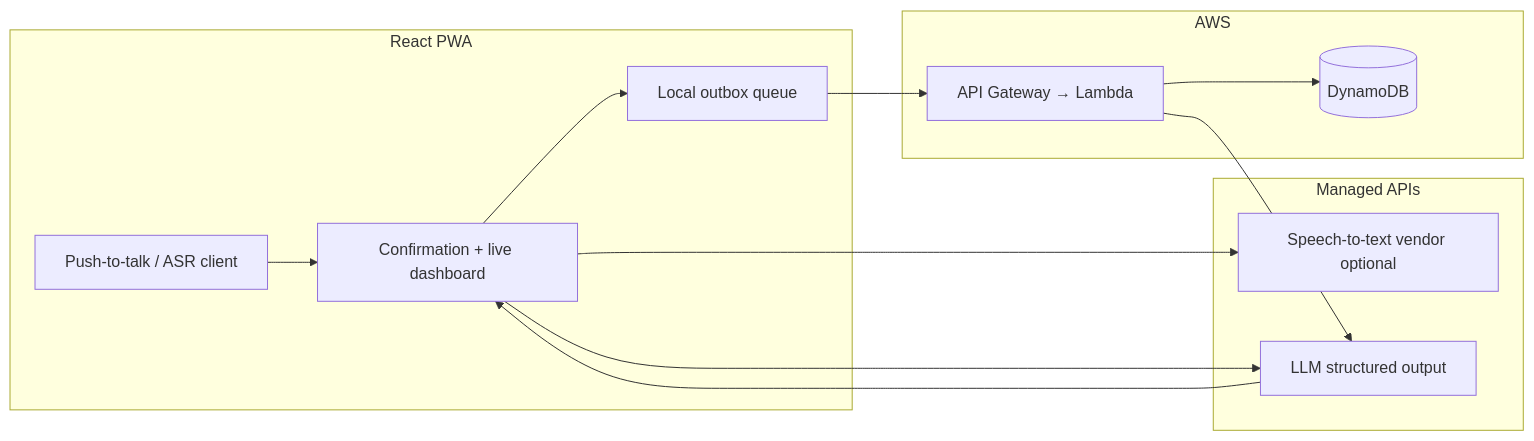
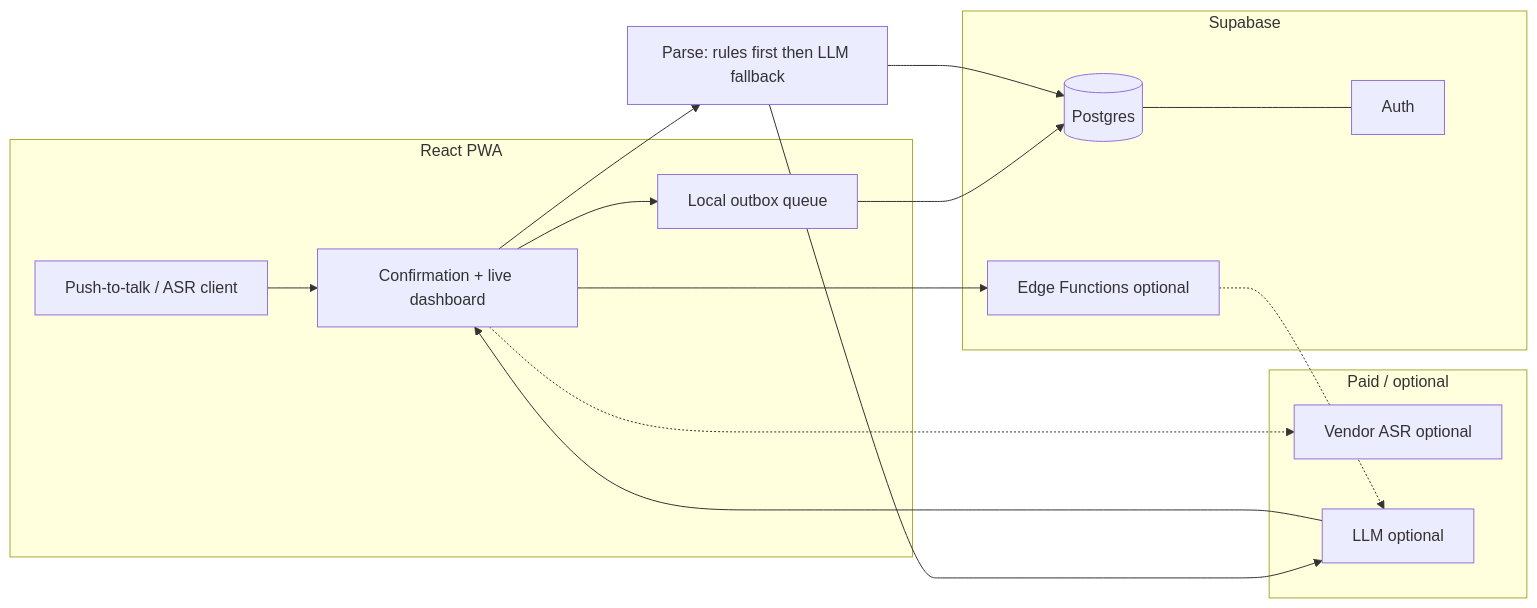
One commit to pvance14/WhisperStat changed the diagram in aiDocs/architecture.md. Above: the diagram before and after it, drawn with Mermaid. The commit also changed other lines of this file and 4 other files, not shown here.

Commit message:
updated architecture again cuz who likes AWS? not me

````diff
--- a/aiDocs/architecture.md
+++ b/aiDocs/architecture.md
@@ -19,24 +39,29 @@
 ```mermaid
 flowchart LR
   subgraph client["React PWA"]
     PTT[Push-to-talk / ASR client]
     UI[Confirmation + live dashboard]
     Q[Local outbox queue]
     PTT --> UI
     UI --> Q
   end
-  subgraph backend["AWS"]
-    API[API Gateway → Lambda]
-    DB[(DynamoDB)]
-    API --> DB
+  PARSE[Parse: rules first then LLM fallback]
+  subgraph supabase["Supabase"]
+    PG[(Postgres)]
+    AUTH[Auth]
+    EF[Edge Functions optional]
+    PG --- AUTH
   end
-  subgraph intelligence["Managed APIs"]
-    ASR[Speech-to-text vendor optional]
-    LLM[LLM structured output]
+  subgraph intelligence["Paid / optional"]
+    ASR[Vendor ASR optional]
+    LLM[LLM optional]
   end
-  Q --> API
-  UI --> ASR
-  UI --> LLM
+  Q --> PG
+  UI -.-> ASR
+  UI --> PARSE
+  PARSE --> LLM
+  PARSE --> PG
   LLM --> UI
-  API --> LLM
+  EF -.-> LLM
+  UI --> EF
 ```
````
